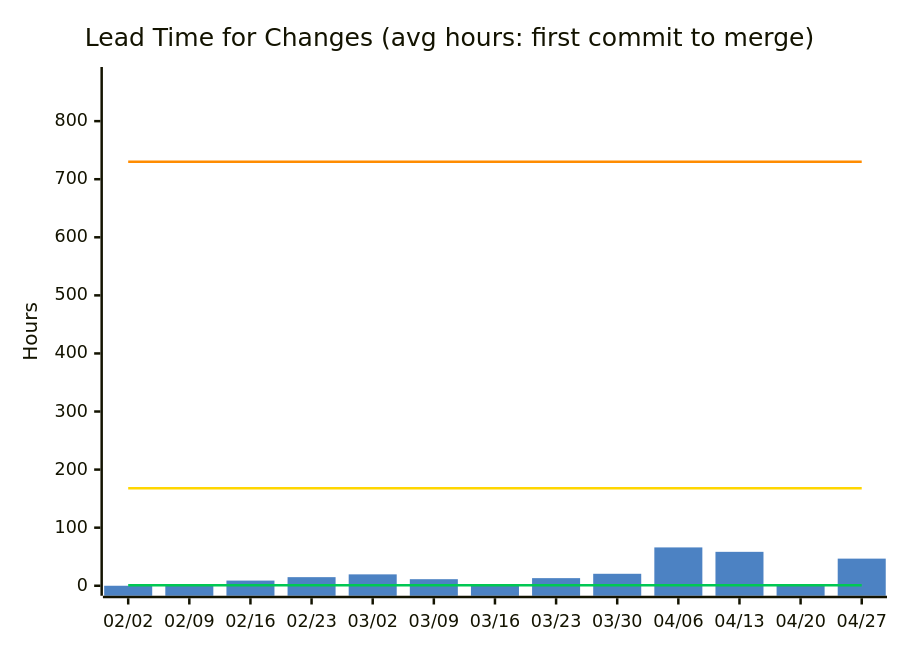
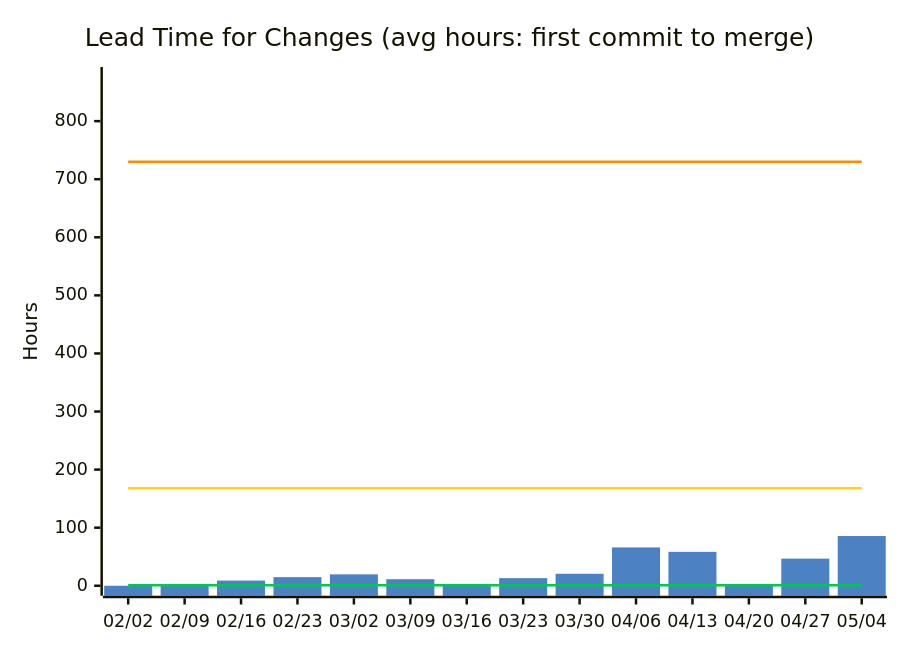
The second of 14 diagrams in docs/metrics.md (nablarch/nabledge-dev), drawn with Mermaid before and after one commit. The commit also changed other lines of this file and 2 other files, not shown here.

````diff
--- a/docs/metrics.md
+++ b/docs/metrics.md
@@ -49,11 +49,11 @@
 ```mermaid
 %%{init: {'theme': 'base', 'themeVariables': {'xyChart': {'plotColorPalette': '#4C82C3,#00C853,#FFD600,#FF8C00'}}}}%%
 xychart-beta
   title "Lead Time for Changes (avg hours: first commit to merge)"
-  x-axis ["02/02", "02/09", "02/16", "02/23", "03/02", "03/09", "03/16", "03/23", "03/30", "04/06", "04/13", "04/20", "04/27"]
+  x-axis ["02/02", "02/09", "02/16", "02/23", "03/02", "03/09", "03/16", "03/23", "03/30", "04/06", "04/13", "04/20", "04/27", "05/04"]
   y-axis "Hours" 0 --> 876
-  bar [0, 2.7, 8.9, 14.8, 19.6, 11.3, 0, 13.1, 20.6, 66, 58.4, 0.1, 46.7]
-  line [1, 1, 1, 1, 1, 1, 1, 1, 1, 1, 1, 1, 1]
-  line [168, 168, 168, 168, 168, 168, 168, 168, 168, 168, 168, 168, 168]
-  line [730, 730, 730, 730, 730, 730, 730, 730, 730, 730, 730, 730, 730]
+  bar [0, 2.7, 8.9, 14.8, 19.6, 11.3, 0, 13.1, 20.6, 66, 58.4, 0.1, 46.7, 85.6]
+  line [1, 1, 1, 1, 1, 1, 1, 1, 1, 1, 1, 1, 1, 1]
+  line [168, 168, 168, 168, 168, 168, 168, 168, 168, 168, 168, 168, 168, 168]
+  line [730, 730, 730, 730, 730, 730, 730, 730, 730, 730, 730, 730, 730, 730]
 ```
````
